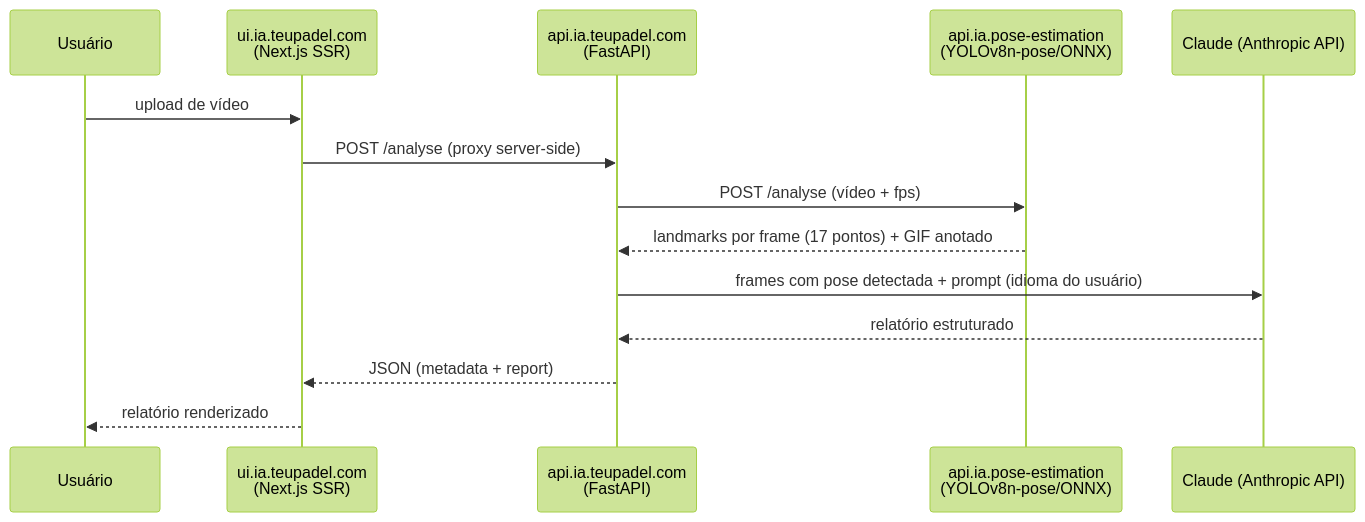
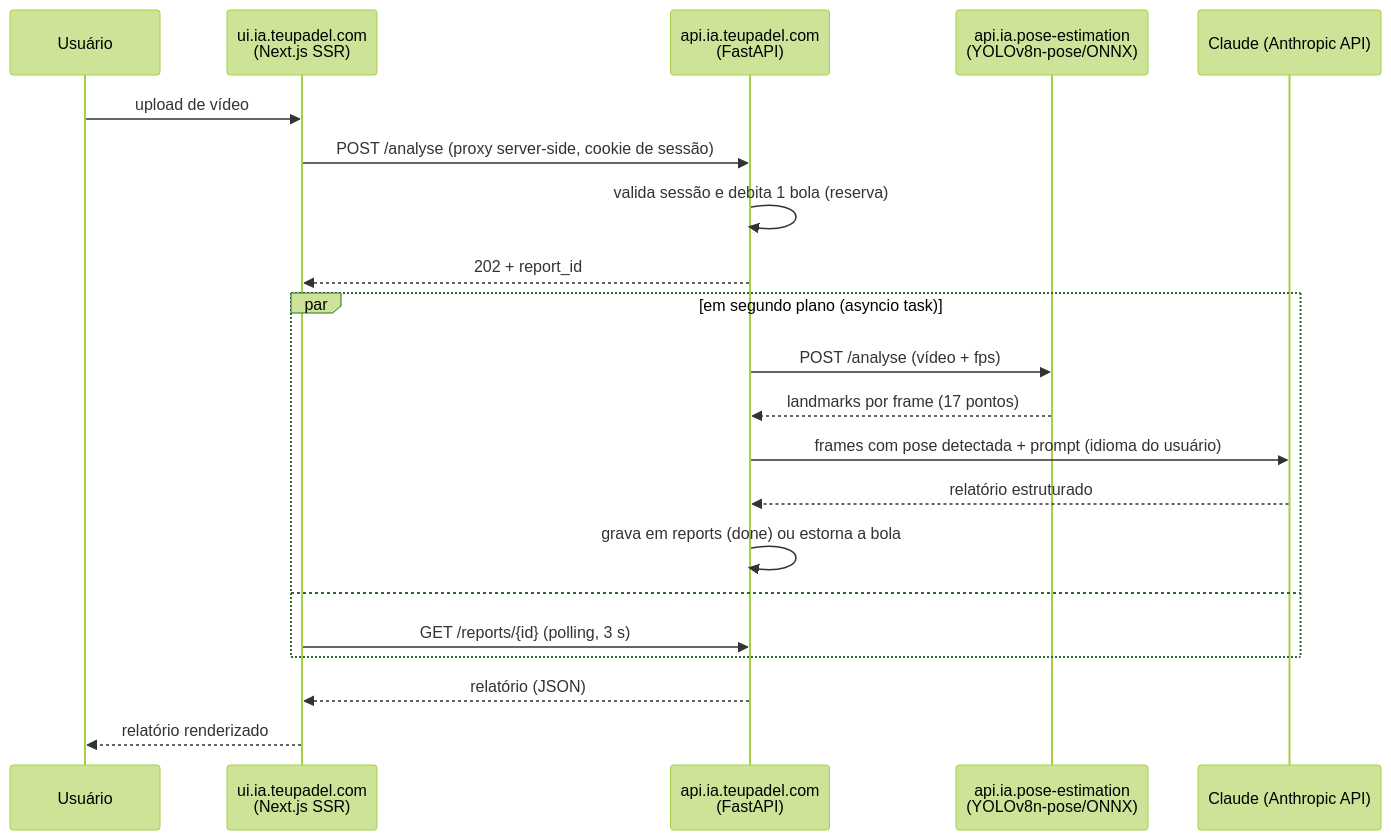
The first of 2 diagrams in docs/docs/apps/teupadel.md (cmoreira-dev/docs.cmoreira-dev.github.io), drawn with Mermaid (forest theme) before and after one commit. The commit also changed other lines of this file and 5 other files, not shown here.

````diff
--- a/docs/docs/apps/teupadel.md
+++ b/docs/docs/apps/teupadel.md
@@ -19,17 +19,24 @@
 ```mermaid
 sequenceDiagram
     participant U as Usuário
     participant UI as ui.ia.teupadel.com<br/>(Next.js SSR)
     participant API as api.ia.teupadel.com<br/>(FastAPI)
     participant Pose as api.ia.pose-estimation<br/>(YOLOv8n-pose/ONNX)
     participant LLM as Claude (Anthropic API)
 
     U->>UI: upload de vídeo
-    UI->>API: POST /analyse (proxy server-side)
-    API->>Pose: POST /analyse (vídeo + fps)
-    Pose-->>API: landmarks por frame (17 pontos) + GIF anotado
-    API->>LLM: frames com pose detectada + prompt (idioma do usuário)
-    LLM-->>API: relatório estruturado
-    API-->>UI: JSON (metadata + report)
+    UI->>API: POST /analyse (proxy server-side, cookie de sessão)
+    API->>API: valida sessão e debita 1 bola (reserva)
+    API-->>UI: 202 + report_id
+    par em segundo plano (asyncio task)
+        API->>Pose: POST /analyse (vídeo + fps)
+        Pose-->>API: landmarks por frame (17 pontos)
+        API->>LLM: frames com pose detectada + prompt (idioma do usuário)
+        LLM-->>API: relatório estruturado
+        API->>API: grava em reports (done) ou estorna a bola
+    and
+        UI->>API: GET /reports/{id} (polling, 3 s)
+    end
+    API-->>UI: relatório (JSON)
     UI-->>U: relatório renderizado
 ```
````
